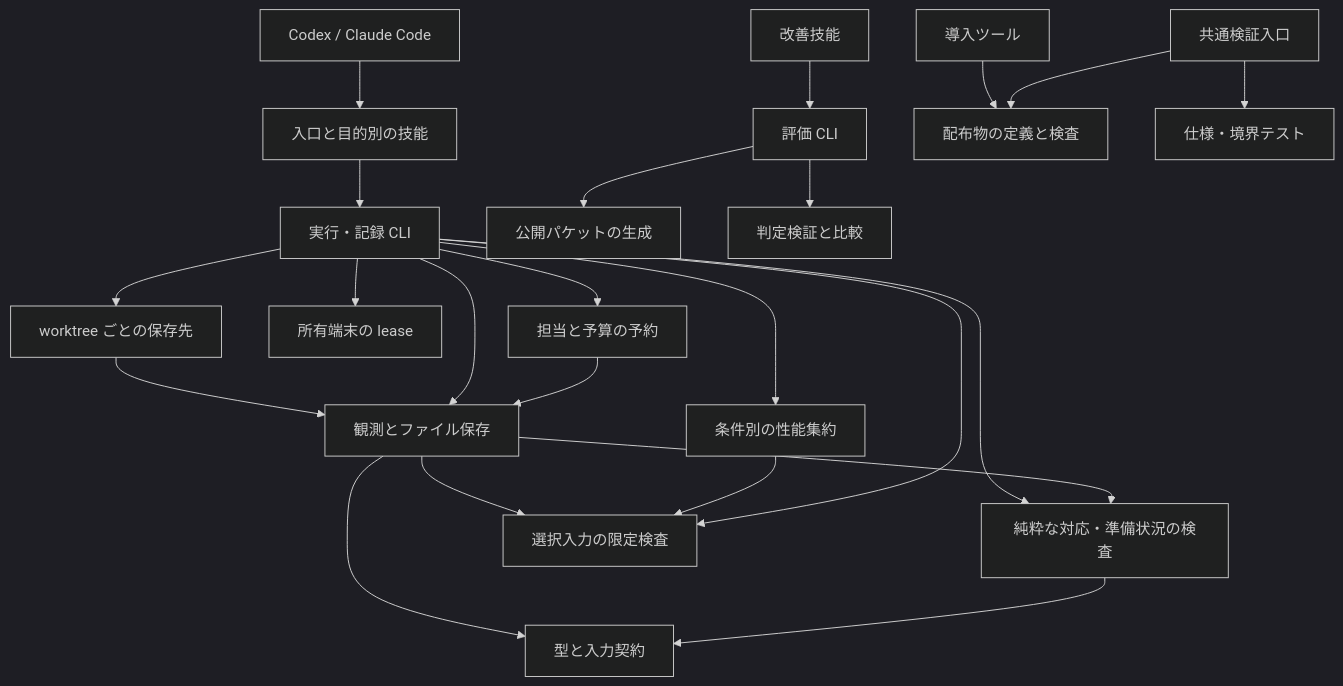
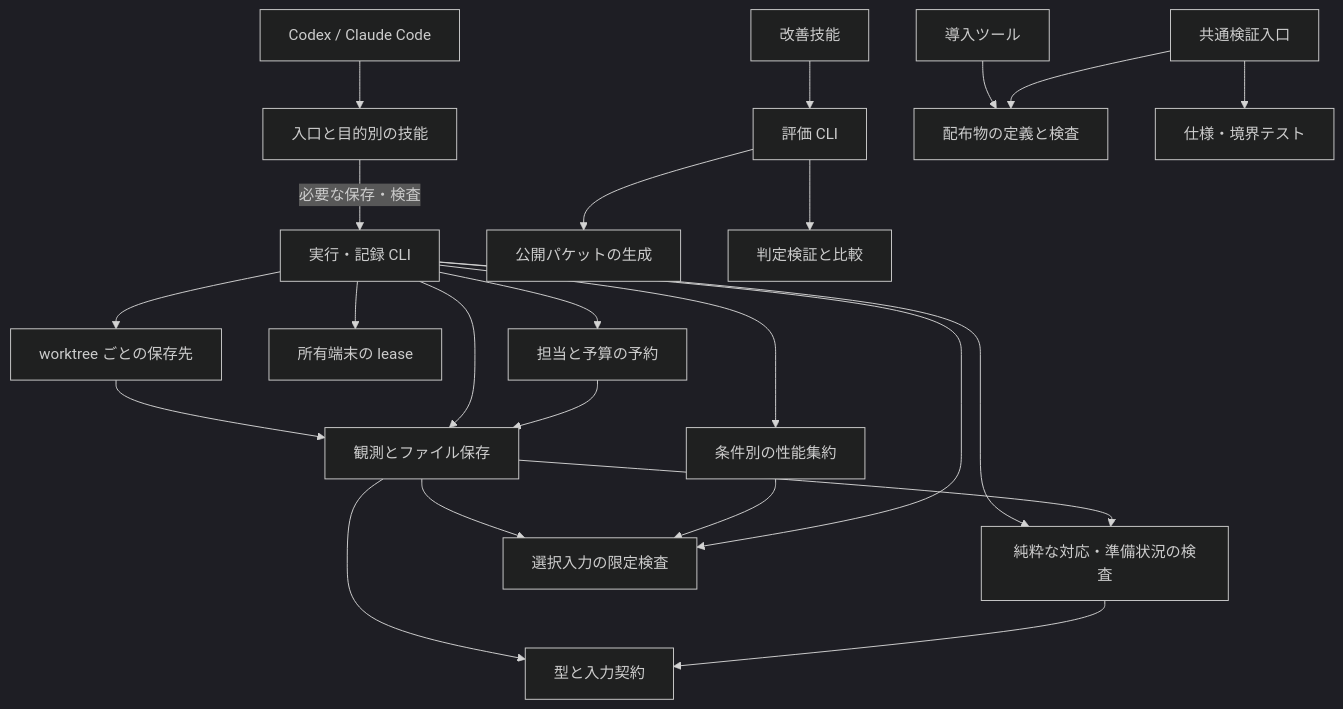
The diagram in docs/architecture.md (9uiLe/effectual-change), drawn with Mermaid (dark theme) before and after one commit. The commit also changed other lines of this file and 29 other files, not shown here.

````diff
--- a/docs/architecture.md
+++ b/docs/architecture.md
@@ -7,25 +7,25 @@
 ```mermaid
 flowchart TD
   Host[Codex / Claude Code] --> Skills[入口と目的別の技能]
-  Skills --> Runtime[実行・記録 CLI]
+  Skills -->|必要な保存・検査| Runtime[実行・記録 CLI]
   Runtime --> Workspace[worktree ごとの保存先]
   Workspace --> Store
   Runtime --> Store[観測とファイル保存]
   Runtime --> Policy[純粋な対応・準備状況の検査]
   Runtime --> Devices[所有端末の lease]
   Runtime --> Performance[条件別の性能集約]
   Runtime --> Delegation[担当と予算の予約]
   Delegation --> Store
   Store --> Policy
   Store --> Inputs[選択入力の限定検査]
   Performance --> Inputs
   Runtime --> Inputs
   Store --> Model[型と入力契約]
   Policy --> Model
   Learning[改善技能] --> Eval[評価 CLI]
   Eval --> Corpus[公開パケットの生成]
   Eval --> Judgments[判定検証と比較]
   Installer[導入ツール] --> Package[配布物の定義と検査]
   Validation[共通検証入口] --> Package
   Validation --> Tests[仕様・境界テスト]
 ```
````
